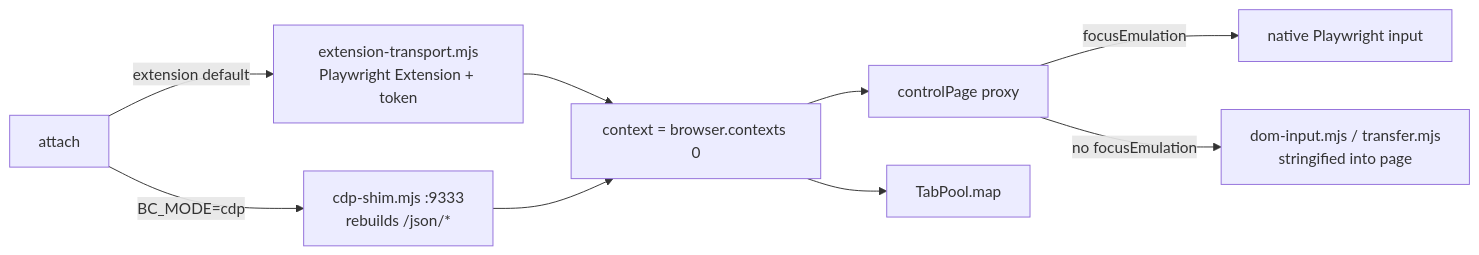
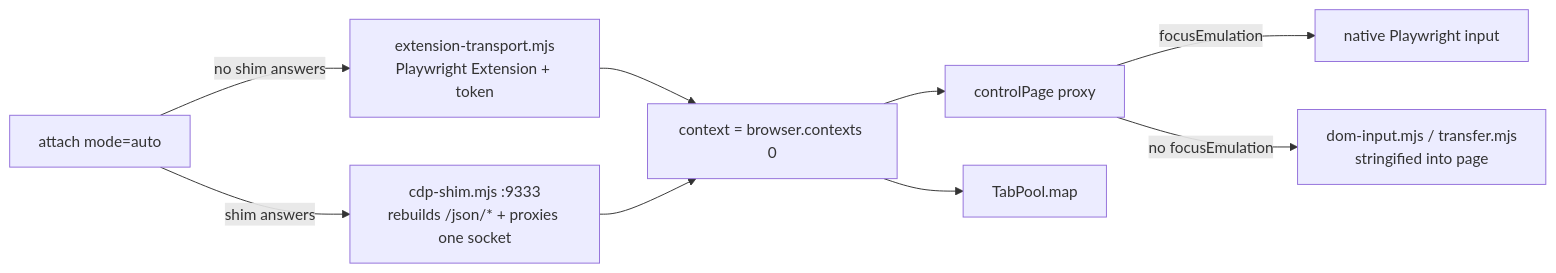
Before and after one commit to ByteAKA8bit/browser-control-kit: the diagram in AGENTS.md, drawn with Mermaid. The commit also changed other lines of this file and 22 other files, not shown here.

````diff
--- a/AGENTS.md
+++ b/AGENTS.md
@@ -17,11 +17,11 @@
 ```mermaid
 graph LR
-  A[attach] -->|extension default| E[extension-transport.mjs<br/>Playwright Extension + token]
-  A -->|BC_MODE=cdp| S[cdp-shim.mjs :9333<br/>rebuilds /json/*]
+  A[attach mode=auto] -->|no shim answers| E[extension-transport.mjs<br/>Playwright Extension + token]
+  A -->|shim answers| S[cdp-shim.mjs :9333<br/>rebuilds /json/* + proxies one socket]
   E --> C[context = browser.contexts 0]
   S --> C
   C --> P[controlPage proxy]
   P -->|focusEmulation| R[native Playwright input]
   P -->|no focusEmulation| D[dom-input.mjs / transfer.mjs<br/>stringified into page]
   C --> T[TabPool.map]
 ```
````
